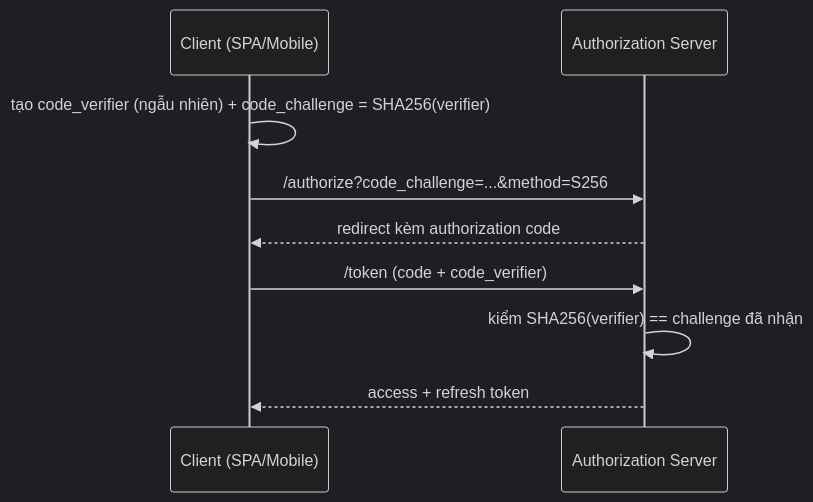
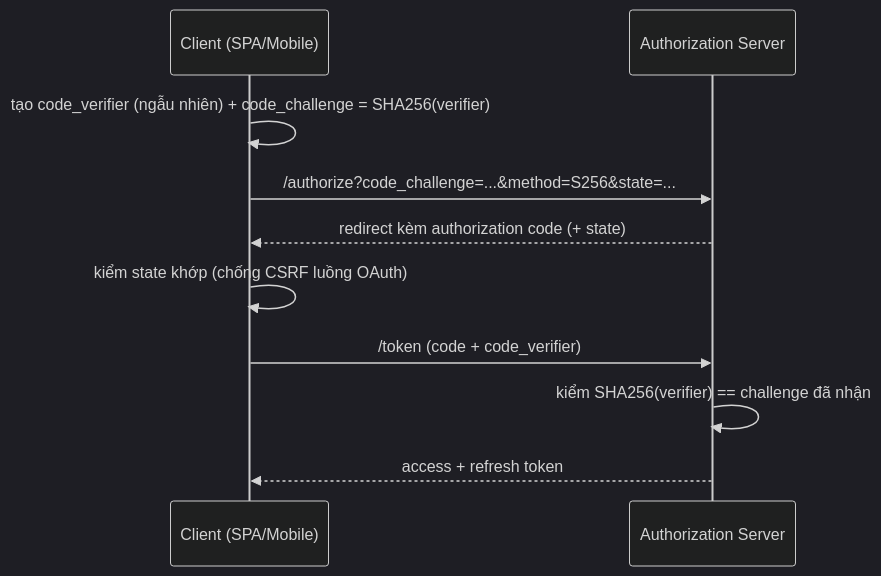
One commit to vanhiep99w/jwt-learn changed the second of 2 diagrams in content/docs/implementation/spa-and-mobile-auth.md. Above: the diagram before and after it, drawn with Mermaid (dark theme). The commit also changed other lines of this file and 4 other files, not shown here.

````diff
--- a/content/docs/implementation/spa-and-mobile-auth.md
+++ b/content/docs/implementation/spa-and-mobile-auth.md
@@ -258,11 +388,12 @@
 ```mermaid
 sequenceDiagram
     participant C as Client (SPA/Mobile)
     participant Z as Authorization Server
     C->>C: tạo code_verifier (ngẫu nhiên) + code_challenge = SHA256(verifier)
-    C->>Z: /authorize?code_challenge=...&method=S256
-    Z-->>C: redirect kèm authorization code
+    C->>Z: /authorize?code_challenge=...&method=S256&state=...
+    Z-->>C: redirect kèm authorization code (+ state)
+    C->>C: kiểm state khớp (chống CSRF luồng OAuth)
     C->>Z: /token (code + code_verifier)
     Z->>Z: kiểm SHA256(verifier) == challenge đã nhận
     Z-->>C: access + refresh token
 ```
````
